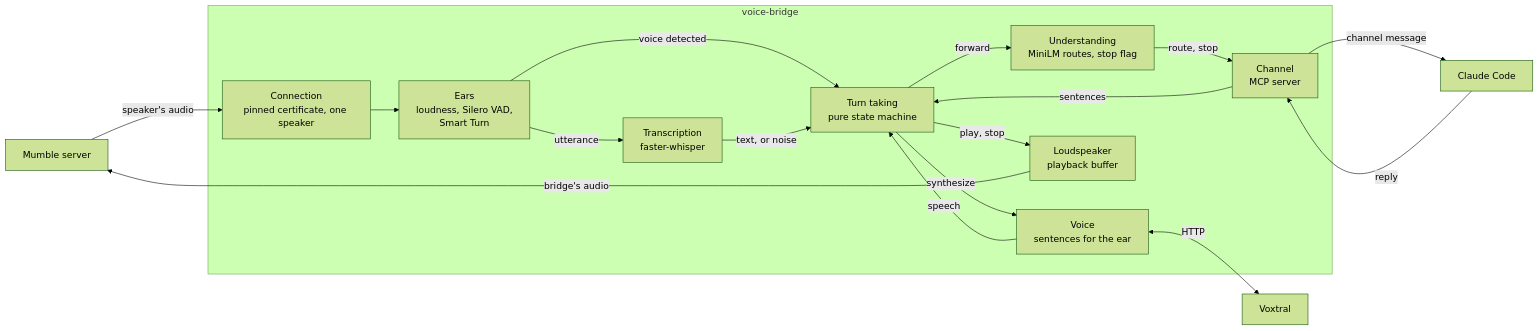
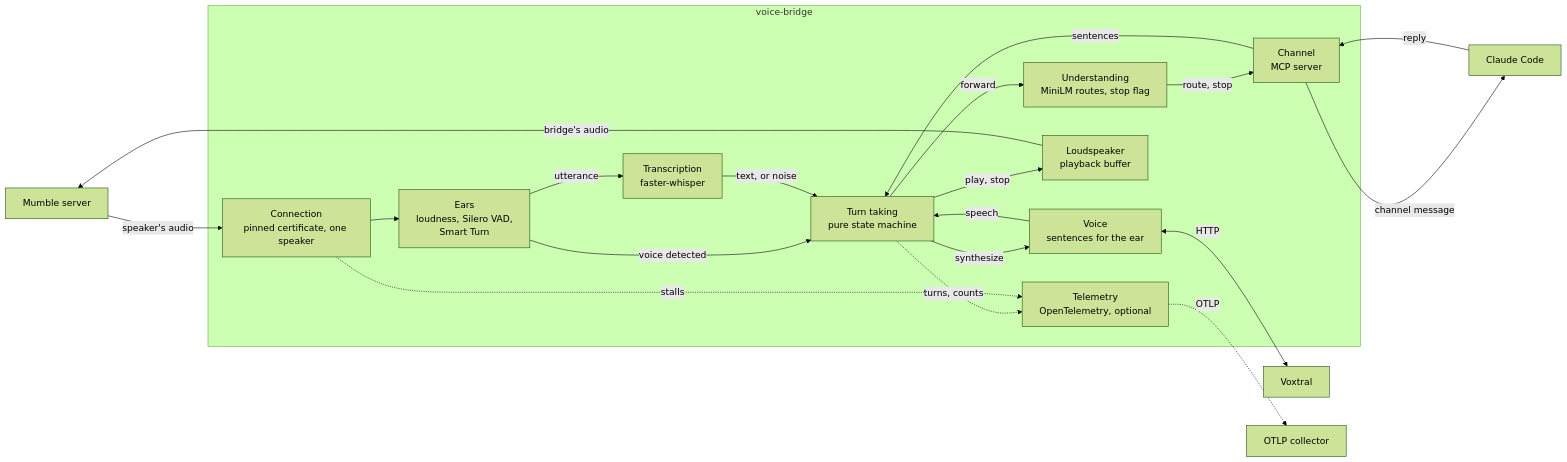
One commit to marc-gavanier/voice-bridge changed the third of 3 diagrams in README.md. Above: the diagram before and after it, drawn with Mermaid (forest theme). The commit also changed other lines of this file and 22 other files, not shown here.

First line of the commit message:
feat: export a trace per turn and metrics over OpenTelemetry

````diff
--- a/README.md
+++ b/README.md
@@ -262,26 +276,31 @@
 ```mermaid
 flowchart LR
     mumble["Mumble server"]
     subgraph bridge["voice-bridge"]
         connection["Connection<br/>pinned certificate, one speaker"]
         ears["Ears<br/>loudness, Silero VAD,<br/>Smart Turn"]
         whisper["Transcription<br/>faster-whisper"]
         turns["Turn taking<br/>pure state machine"]
         understanding["Understanding<br/>MiniLM routes, stop flag"]
         channel["Channel<br/>MCP server"]
         mouth["Voice<br/>sentences for the ear"]
         loudspeaker["Loudspeaker<br/>playback buffer"]
+        telemetry["Telemetry<br/>OpenTelemetry, optional"]
     end
     claude["Claude Code"]
     voxtral["Voxtral"]
+    collector["OTLP collector"]
 
     mumble -->|"speaker's audio"| connection --> ears
     ears -->|"utterance"| whisper
     ears -->|"voice detected"| turns
     whisper -->|"text, or noise"| turns
     turns -->|"forward"| understanding -->|"route, stop"| channel -->|"channel message"| claude
     claude -->|"reply"| channel -->|"sentences"| turns
     turns -->|"synthesize"| mouth <-->|"HTTP"| voxtral
     mouth -->|"speech"| turns
     turns -->|"play, stop"| loudspeaker -->|"bridge's audio"| mumble
+    turns -.->|"turns, counts"| telemetry
+    connection -.->|"stalls"| telemetry
+    telemetry -.->|"OTLP"| collector
 ```
````
